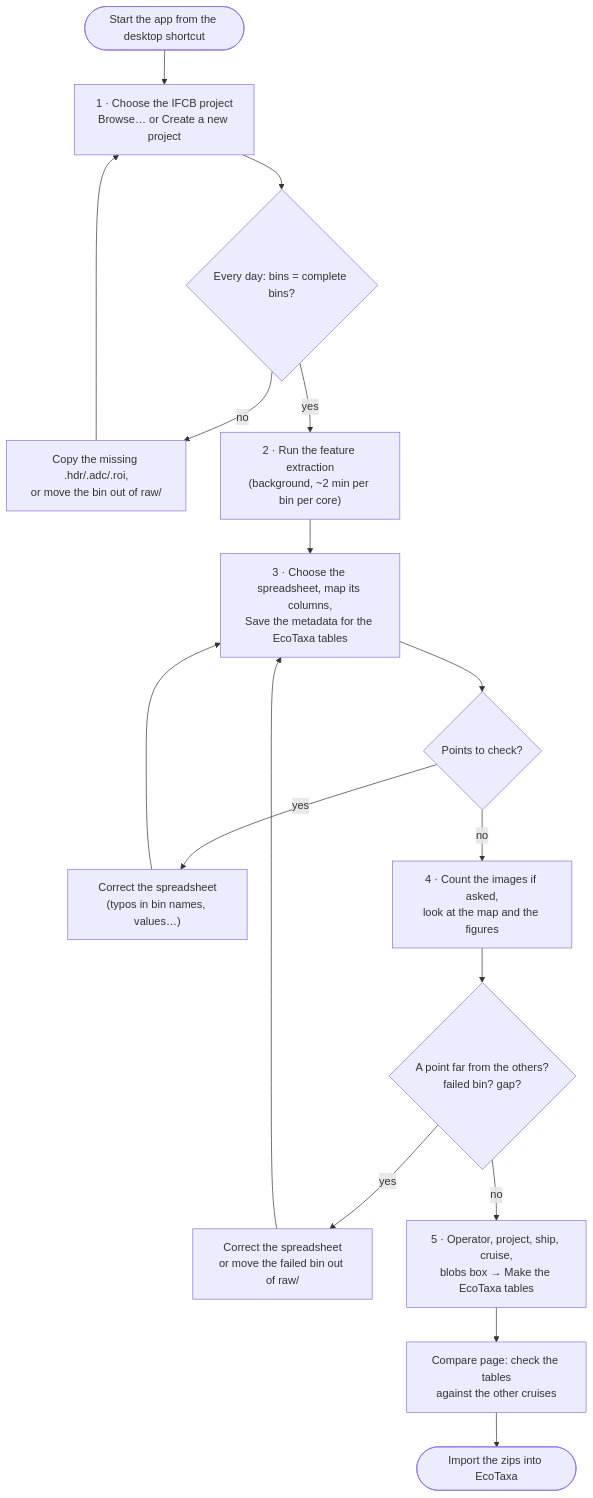
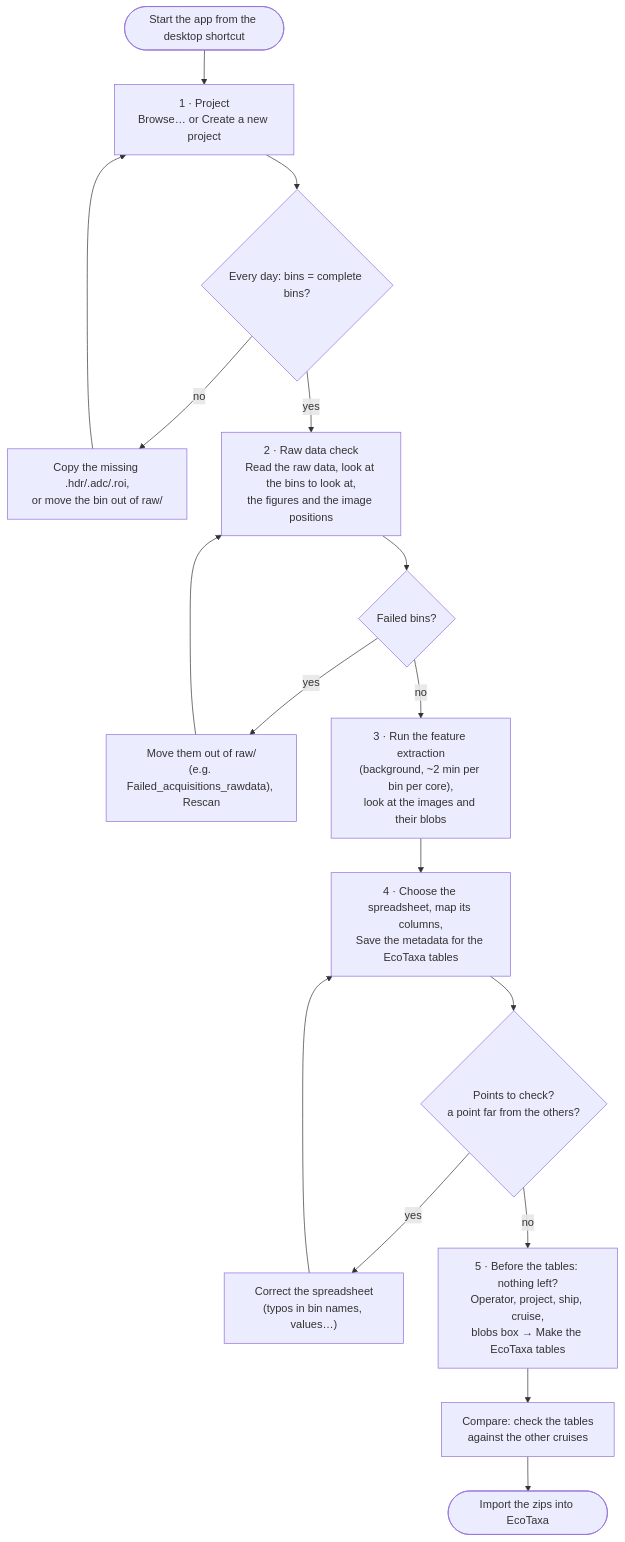
The second of 5 diagrams in docs/PROTOCOL.md (NOC-OI/seastar), drawn with Mermaid before and after one commit. The commit also changed other lines of this file and 17 other files, not shown here.

Commit message:
App: one page per step in a menu with Process, EcoTaxa API and BODC groups; raw data checked before the features; where each step stands

````diff
--- a/docs/PROTOCOL.md
+++ b/docs/PROTOCOL.md
@@ -107,16 +109,16 @@
 ```mermaid
 flowchart TD
-    A([Start the app from the desktop shortcut]) --> B["1 · Choose the IFCB project<br/>Browse… or Create a new project"]
+    A([Start the app from the desktop shortcut]) --> B["1 · Project<br/>Browse… or Create a new project"]
     B --> C{"Every day: bins = complete bins?"}
     C -->|no| C1["Copy the missing .hdr/.adc/.roi,<br/>or move the bin out of raw/"] --> B
-    C -->|yes| D["2 · Run the feature extraction<br/>(background, ~2 min per bin per core)"]
-    D --> E["3 · Choose the spreadsheet, map its columns,<br/>Save the metadata for the EcoTaxa tables"]
-    E --> F{"Points to check?"}
+    C -->|yes| R["2 · Raw data check<br/>Read the raw data, look at the bins to look at,<br/>the figures and the image positions"]
+    R --> R1{"Failed bins?"}
+    R1 -->|yes| R2["Move them out of raw/<br/>(e.g. Failed_acquisitions_rawdata), Rescan"] --> R
+    R1 -->|no| D["3 · Run the feature extraction<br/>(background, ~2 min per bin per core),<br/>look at the images and their blobs"]
+    D --> E["4 · Choose the spreadsheet, map its columns,<br/>Save the metadata for the EcoTaxa tables"]
+    E --> F{"Points to check?<br/>a point far from the others?"}
     F -->|yes| F1["Correct the spreadsheet<br/>(typos in bin names, values…)"] --> E
-    F -->|no| G["4 · Count the images if asked,<br/>look at the map and the figures"]
-    G --> H{"A point far from the others?<br/>failed bin? gap?"}
-    H -->|yes| H1["Correct the spreadsheet<br/>or move the failed bin out of raw/"] --> E
-    H -->|no| I["5 · Operator, project, ship, cruise,<br/>blobs box → Make the EcoTaxa tables"]
-    I --> J["Compare page: check the tables<br/>against the other cruises"]
+    F -->|no| I["5 · Before the tables: nothing left?<br/>Operator, project, ship, cruise,<br/>blobs box → Make the EcoTaxa tables"]
+    I --> J["Compare: check the tables<br/>against the other cruises"]
     J --> K([Import the zips into EcoTaxa])
 ```
````
